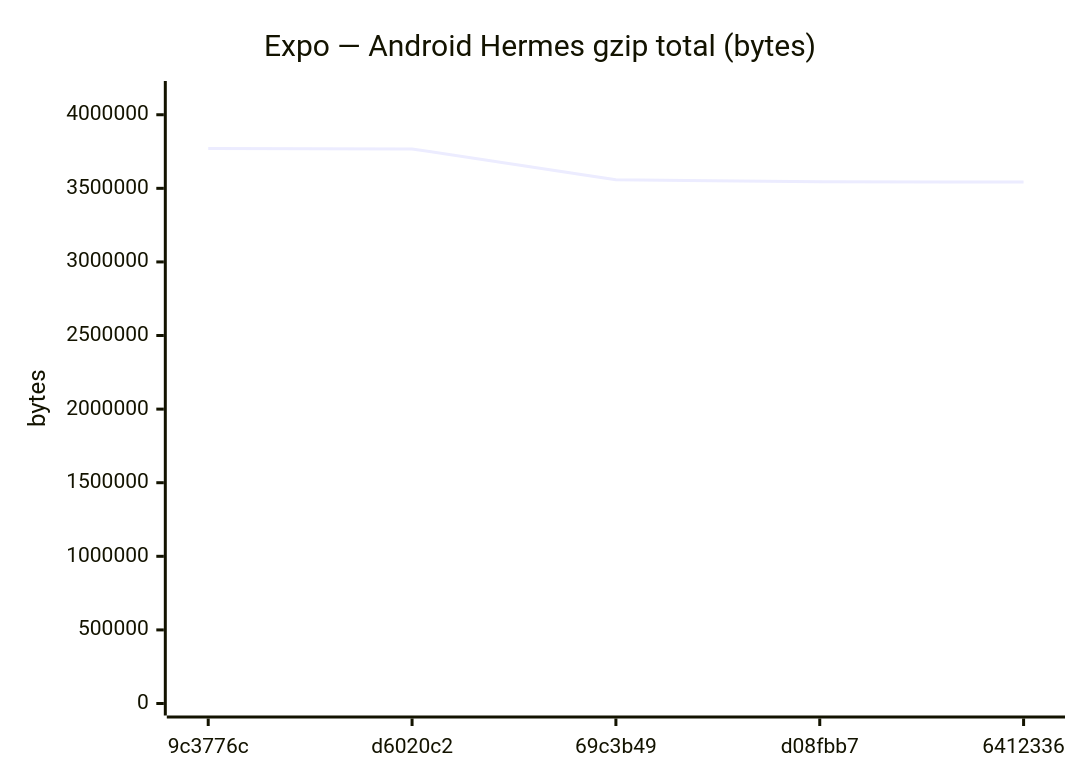
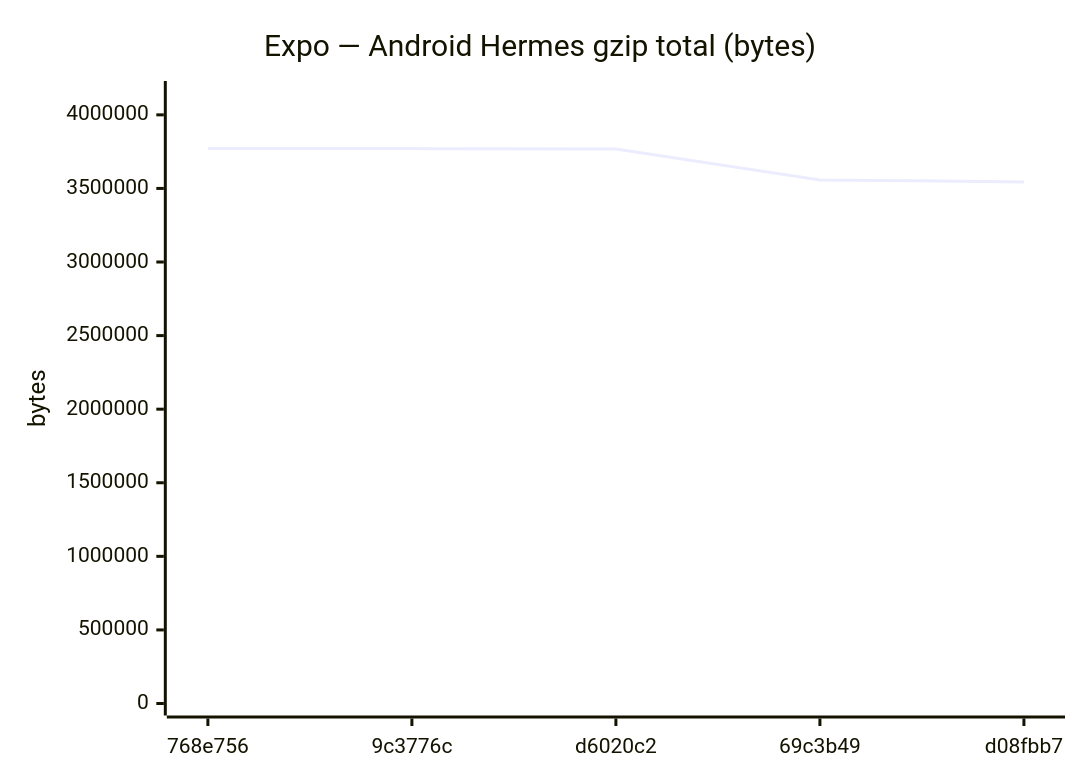
One commit to Metaheurist/Rianell changed diagram 11 of 18 in benchmarks/compare.md. Above: the diagram before and after it, drawn with Mermaid. The commit also changed other lines of this file and 11 other files, not shown here.

````diff
--- a/benchmarks/compare.md
+++ b/benchmarks/compare.md
@@ -172,7 +172,7 @@
 ```mermaid
 xychart-beta
     title "Expo — Android Hermes gzip total (bytes)"
-    x-axis ["9c3776c", "d6020c2", "69c3b49", "d08fbb7", "6412336"]
-    y-axis "bytes" 0 --> 4147698
-    line [3770634, 3767812, 3557908, 3544463, 3543472]
+    x-axis ["768e756", "9c3776c", "d6020c2", "69c3b49", "d08fbb7"]
+    y-axis "bytes" 0 --> 4148478
+    line [3771343, 3770634, 3767812, 3557908, 3544463]
 ```
````
